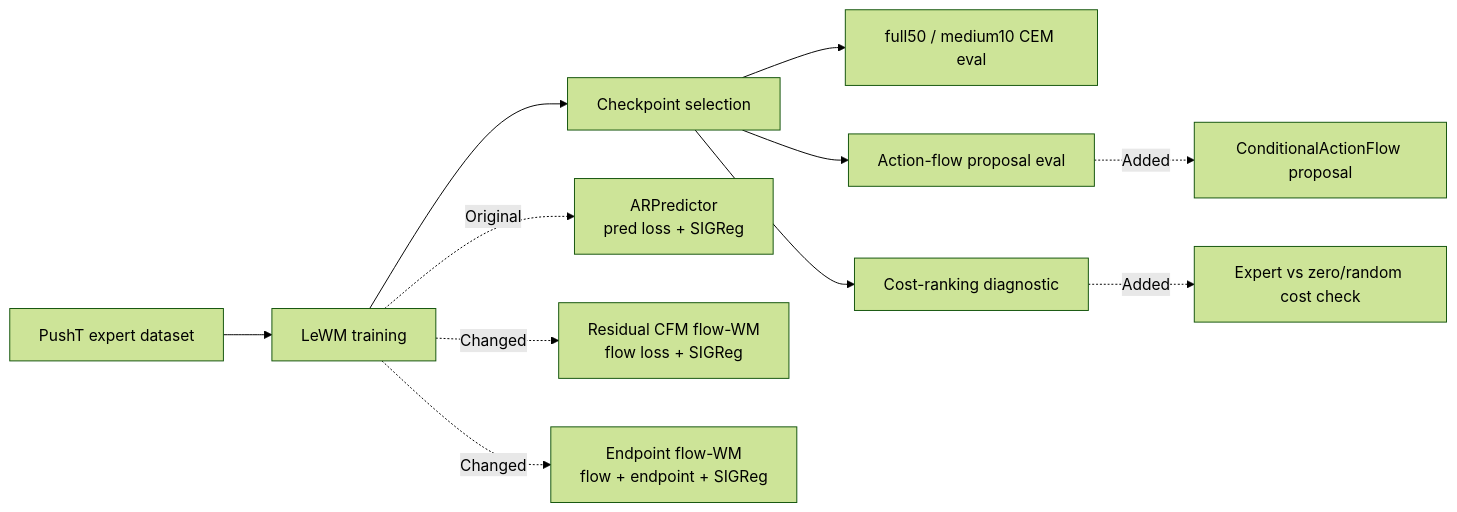
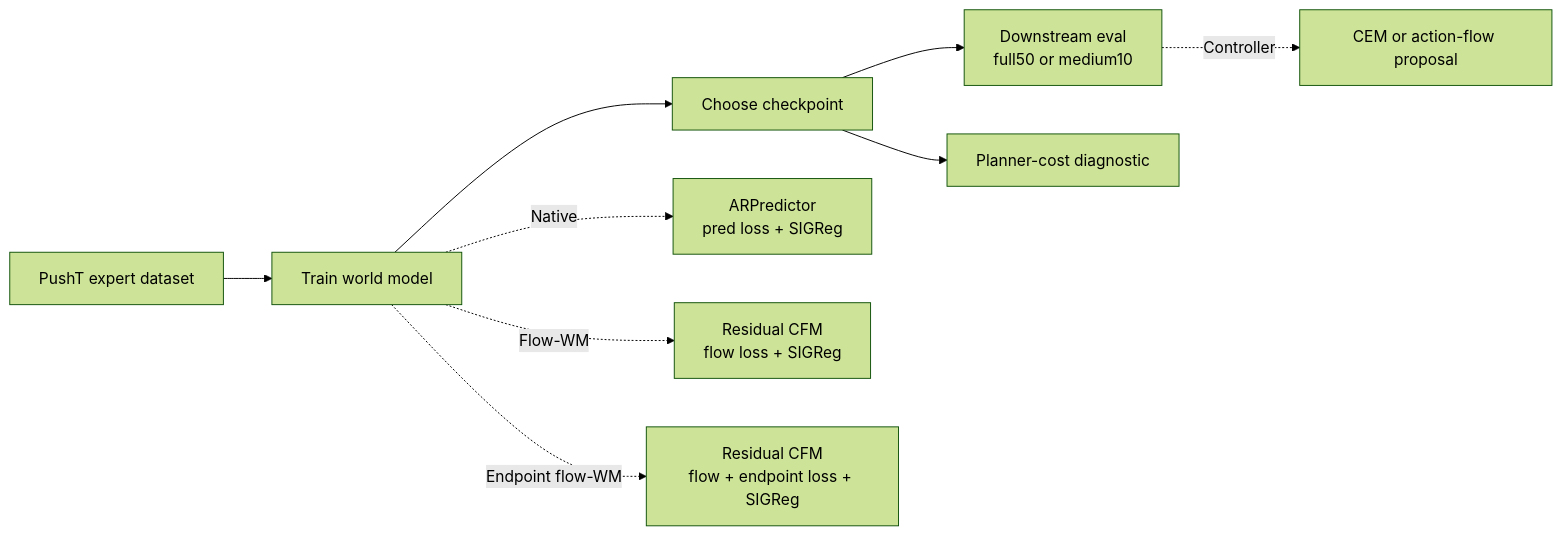
The third of 3 diagrams in docs/lewm_flow_progress_report_20260610.md (thedannyliu/le-wm), drawn with Mermaid (forest theme) before and after one commit. The commit also changed other lines of this file, not shown here.

````diff
--- a/docs/lewm_flow_progress_report_20260610.md
+++ b/docs/lewm_flow_progress_report_20260610.md
@@ -102,14 +153,12 @@
 ```mermaid
 flowchart LR
-    A[PushT expert dataset] --> B[LeWM training]
-    B --> C[Checkpoint selection]
-    C --> D[full50 / medium10 CEM eval]
-    C --> E[Action-flow proposal eval]
-    C --> F[Cost-ranking diagnostic]
+    A[PushT expert dataset] --> B[Train world model]
+    B --> C[Choose checkpoint]
+    C --> D[Downstream eval<br/>full50 or medium10]
+    C --> E[Planner-cost diagnostic]
 
-    B -. Original .-> B1[ARPredictor<br/>pred loss + SIGReg]
-    B -. Changed .-> B2[Residual CFM flow-WM<br/>flow loss + SIGReg]
-    B -. Changed .-> B3[Endpoint flow-WM<br/>flow + endpoint + SIGReg]
-    E -. Added .-> E1[ConditionalActionFlow proposal]
-    F -. Added .-> F1[Expert vs zero/random cost check]
+    B -. Native .-> B1[ARPredictor<br/>pred loss + SIGReg]
+    B -. Flow-WM .-> B2[Residual CFM<br/>flow loss + SIGReg]
+    B -. Endpoint flow-WM .-> B3[Residual CFM<br/>flow + endpoint loss + SIGReg]
+    D -. Controller .-> D1[CEM or action-flow proposal]
 ```
````
